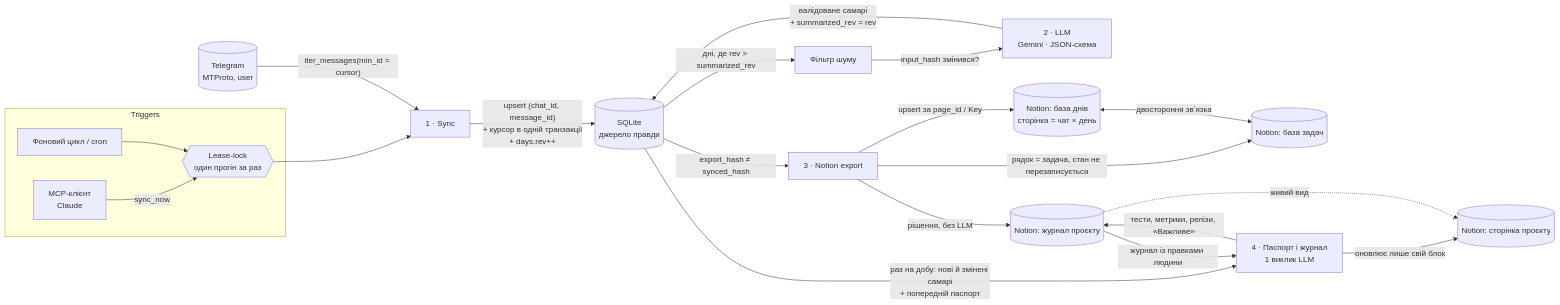
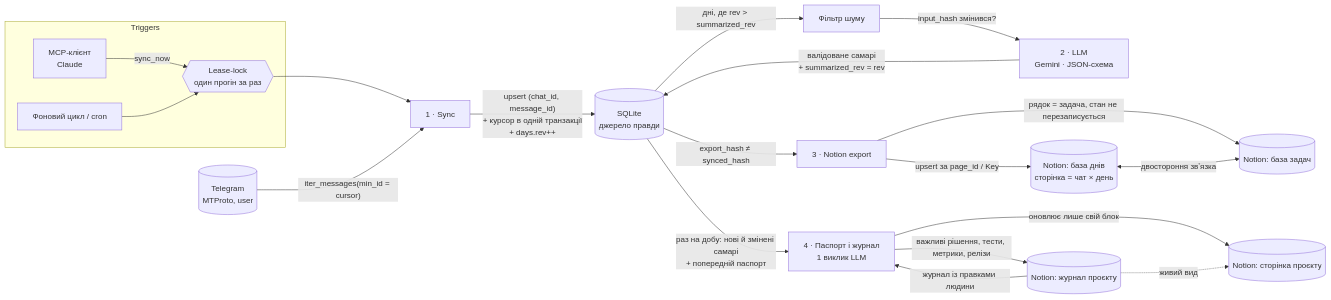
One commit to mitnikovaola-afk/telegram-mcp-connector changed the diagram in README.md. Above: the diagram before and after it, drawn with Mermaid. The commit also changed other lines of this file and 10 other files, not shown here.

````diff
--- a/README.md
+++ b/README.md
@@ -500,23 +499,22 @@
 ```mermaid
 flowchart LR
     subgraph Triggers
         C[MCP-клієнт<br/>Claude] -->|sync_now| P
         T[Фоновий цикл / cron] --> P
     end
     P{{Lease-lock<br/>один прогін за раз}} --> S
     TG[(Telegram<br/>MTProto, user)] -->|"iter_messages(min_id = cursor)"| S[1 · Sync]
     S -->|"upsert (chat_id, message_id)<br/>+ курсор в одній транзакції<br/>+ days.rev++"| DB[(SQLite<br/>джерело правди)]
     DB -->|"дні, де rev > summarized_rev"| F[Фільтр шуму]
     F -->|"input_hash змінився?"| L[2 · LLM<br/>Gemini · JSON-схема]
     L -->|"валідоване самарі<br/>+ summarized_rev = rev"| DB
     DB -->|"export_hash ≠ synced_hash"| N[3 · Notion export]
     N -->|"upsert за page_id / Key"| NO[(Notion: база днів<br/>сторінка = чат × день)]
     N -->|"рядок = задача, стан не перезаписується"| NT[(Notion: база задач)]
     NO <-->|"двостороння звʼязка"| NT
-    N -->|"рішення, без LLM"| ND[(Notion: журнал проєкту)]
     DB -->|"раз на добу: нові й змінені самарі<br/>+ попередній паспорт"| B[4 · Паспорт і журнал<br/>1 виклик LLM]
-    ND -->|"журнал із правками людини"| B
-    B -->|"тести, метрики, релізи, «Важливе»"| ND
+    ND[(Notion: журнал проєкту)] -->|"журнал із правками людини"| B
+    B -->|"важливі рішення, тести, метрики, релізи"| ND
     B -->|"оновлює лише свій блок"| NP[(Notion: сторінка проєкту)]
     ND -.->|"живий вид"| NP
 ```
````
